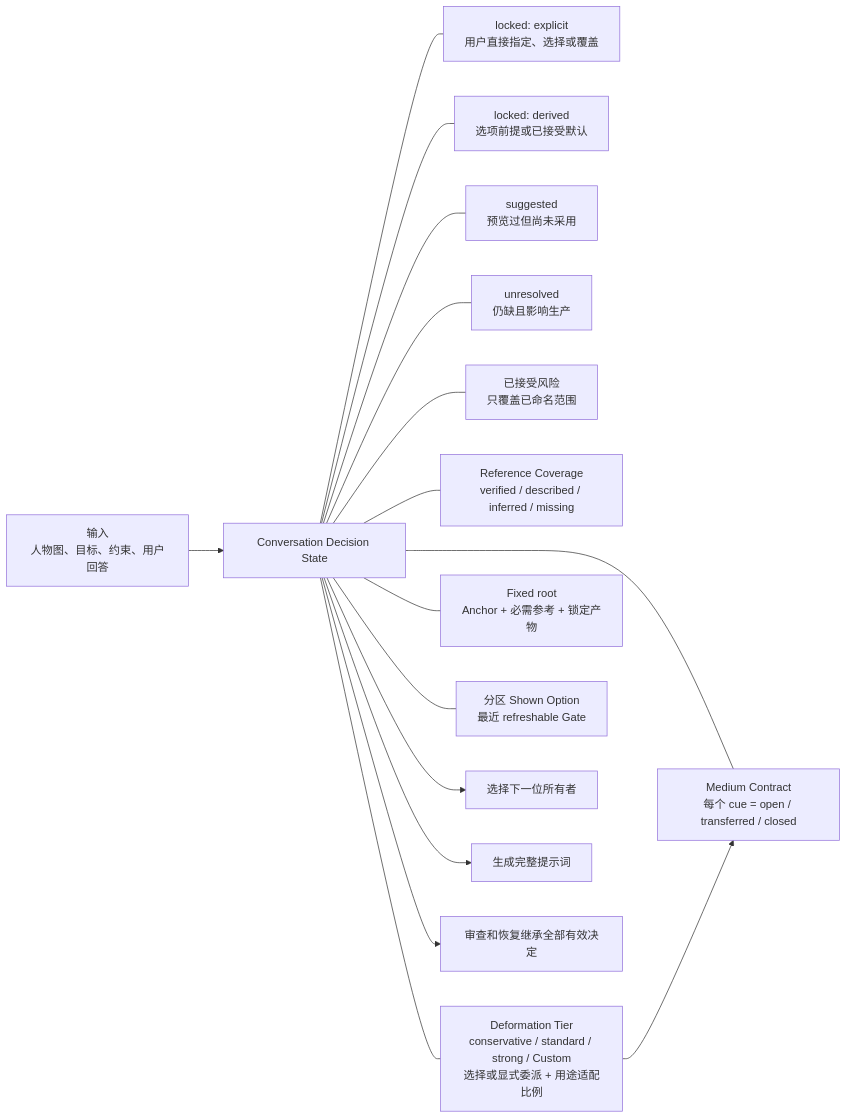
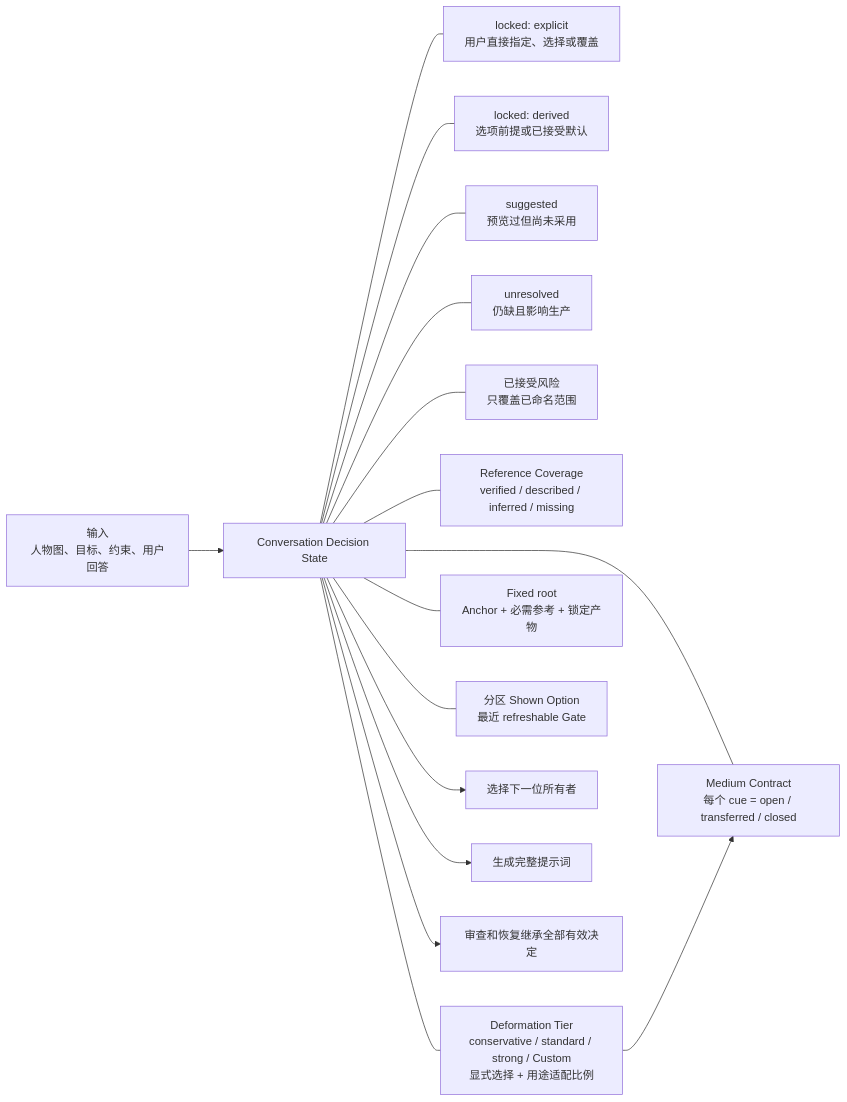
The third of 13 diagrams in docs/architecture.md (cyaoc/cast-me), drawn with Mermaid before and after one commit. The commit also changed other lines of this file and 2 other files, not shown here.

Commit message:
fix: require explicit deformation selection

````diff
--- a/docs/architecture.md
+++ b/docs/architecture.md
@@ -138,20 +138,20 @@
 ```mermaid
 flowchart LR
     INPUT["输入<br/>人物图、目标、约束、用户回答"] --> STATE["Conversation Decision State"]
 
     STATE --- E["locked: explicit<br/>用户直接指定、选择或覆盖"]
     STATE --- D["locked: derived<br/>选项前提或已接受默认"]
     STATE --- S["suggested<br/>预览过但尚未采用"]
     STATE --- U["unresolved<br/>仍缺且影响生产"]
     STATE --- RISK["已接受风险<br/>只覆盖已命名范围"]
     STATE --- COVER["Reference Coverage<br/>verified / described / inferred / missing"]
-    STATE --- TIER["Deformation Tier<br/>conservative / standard / strong / Custom<br/>选择或显式委派 + 用途适配比例"]
+    STATE --- TIER["Deformation Tier<br/>conservative / standard / strong / Custom<br/>显式选择 + 用途适配比例"]
     STATE --- MEDIUM["Medium Contract<br/>每个 cue = open / transferred / closed"]
     STATE --- ROOT["Fixed root<br/>Anchor + 必需参考 + 锁定产物"]
     STATE --- HIST["分区 Shown Option<br/>最近 refreshable Gate"]
 
     STATE --> ROUTE["选择下一位所有者"]
     STATE --> PROMPT["生成完整提示词"]
     STATE --> REVIEW["审查和恢复继承全部有效决定"]
     TIER --> MEDIUM
 ```
````
